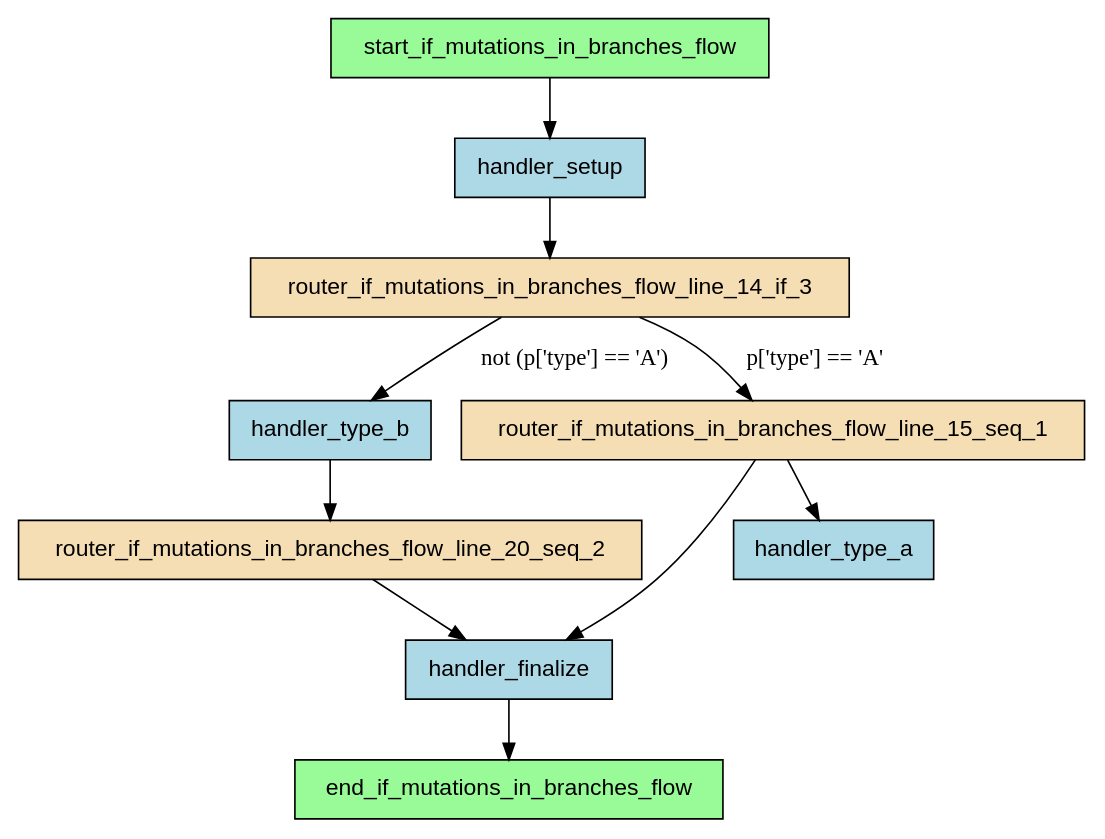
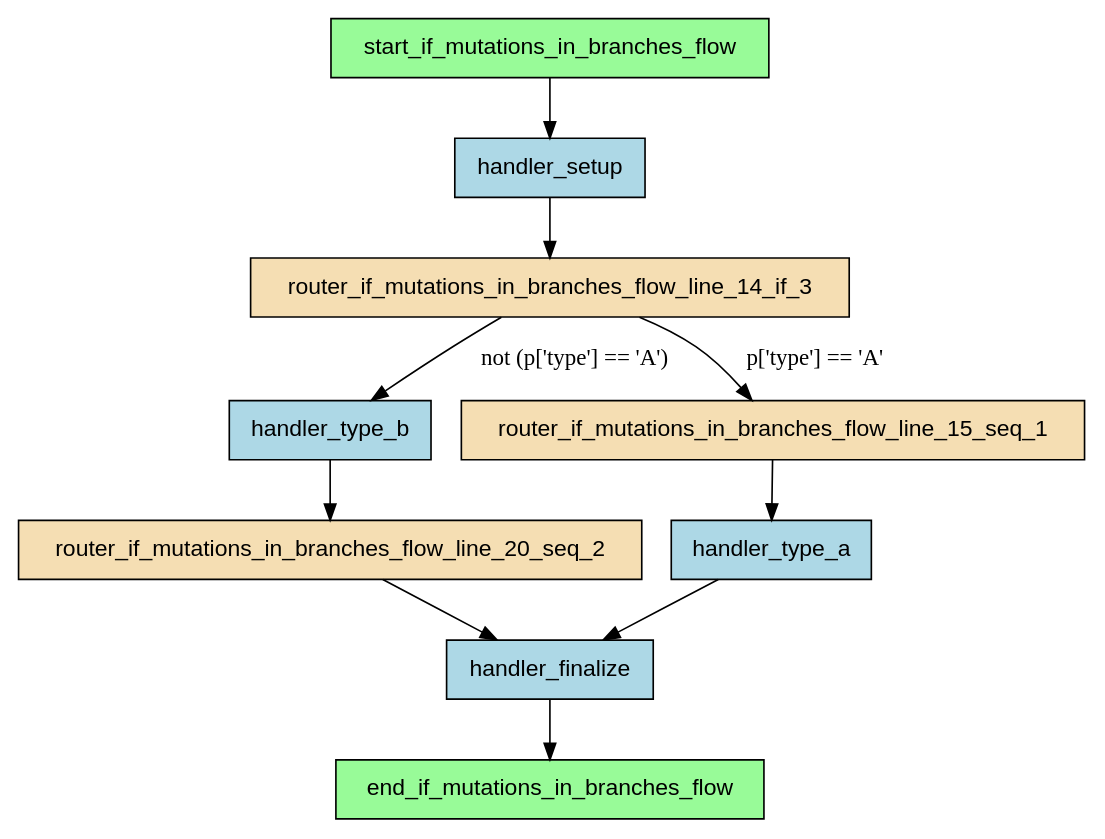
Before and after one commit to deliveryhero/asya: the diagram in examples/flows/compiled/if_mutations_in_branches/flow.dot, drawn with Graphviz. The commit also changed 136 other files, not shown here.

```diff
--- a/examples/flows/compiled/if_mutations_in_branches/flow.dot
+++ b/examples/flows/compiled/if_mutations_in_branches/flow.dot
@@ -1,24 +1,24 @@
-digraph "if_mutations_in_branches_flow" {
+digraph "if_mutations_in_branches" {
     rankdir=TB;
     node [shape=box, style=filled, fontname="Helvetica"];
 
     end_if_mutations_in_branches_flow [label="end_if_mutations_in_branches_flow", fillcolor=palegreen];
     handler_finalize [label="handler_finalize", fillcolor=lightblue];
     handler_setup [label="handler_setup", fillcolor=lightblue];
     handler_type_a [label="handler_type_a", fillcolor=lightblue];
     handler_type_b [label="handler_type_b", fillcolor=lightblue];
     router_if_mutations_in_branches_flow_line_14_if_3 [label="router_if_mutations_in_branches_flow_line_14_if_3", fillcolor=wheat];
     router_if_mutations_in_branches_flow_line_15_seq_1 [label="router_if_mutations_in_branches_flow_line_15_seq_1", fillcolor=wheat];
     router_if_mutations_in_branches_flow_line_20_seq_2 [label="router_if_mutations_in_branches_flow_line_20_seq_2", fillcolor=wheat];
     start_if_mutations_in_branches_flow [label="start_if_mutations_in_branches_flow", fillcolor=palegreen];
 
     start_if_mutations_in_branches_flow -> handler_setup;
     handler_setup -> router_if_mutations_in_branches_flow_line_14_if_3;
     router_if_mutations_in_branches_flow_line_15_seq_1 -> handler_type_a;
     router_if_mutations_in_branches_flow_line_14_if_3 -> router_if_mutations_in_branches_flow_line_15_seq_1 [label="p['type'] == 'A'"];
-    router_if_mutations_in_branches_flow_line_15_seq_1 -> handler_finalize;
     router_if_mutations_in_branches_flow_line_14_if_3 -> handler_type_b [label="not (p['type'] == 'A')"];
     handler_type_b -> router_if_mutations_in_branches_flow_line_20_seq_2;
     router_if_mutations_in_branches_flow_line_20_seq_2 -> handler_finalize;
+    handler_type_a -> handler_finalize;
     handler_finalize -> end_if_mutations_in_branches_flow;
 }
```
